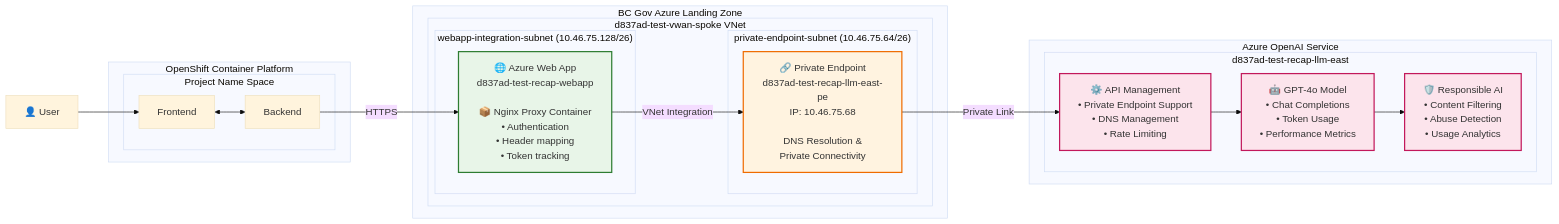
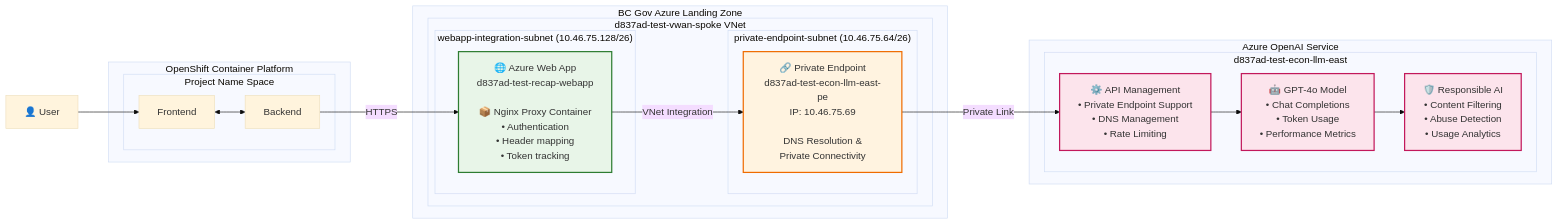
Before and after one commit to bcgov/RECAP: the first of 3 diagrams in RECAP-Architecture-Diagram.md, drawn with Mermaid (base theme). The commit also changed other lines of this file and 5 other files, not shown here.

````diff
--- a/RECAP-Architecture-Diagram.md
+++ b/RECAP-Architecture-Diagram.md
@@ -21,50 +22,50 @@
 ```mermaid
 graph LR
     User["👤 User"]
     
     subgraph "OpenShift Container Platform"
         subgraph "Project Name Space"
             Frontend["Frontend"]
             Backend["Backend"]        
             Frontend <--> Backend
         end
     end
     
     User --> Frontend
     Backend -->|HTTPS| WebApp
     
     subgraph "BC Gov Azure Landing Zone"
         subgraph "d837ad-test-vwan-spoke VNet"
             subgraph "webapp-integration-subnet (10.46.75.128/26)"
                 WebApp["🌐 Azure Web App<br/>d837ad-test-recap-webapp<br/><br/>📦 Nginx Proxy Container<br/>• Authentication<br/>• Header mapping<br/>• Token tracking"]
             end
             
             subgraph "private-endpoint-subnet (10.46.75.64/26)"
-                PE["🔗 Private Endpoint<br/>d837ad-test-recap-llm-east-pe<br/>IP: 10.46.75.68<br/><br/>DNS Resolution &<br/>Private Connectivity"]
+                PE["🔗 Private Endpoint<br/>d837ad-test-econ-llm-east-pe<br/>IP: 10.46.75.69<br/><br/>DNS Resolution &<br/>Private Connectivity"]
             end
         end
     end
     
     subgraph "Azure OpenAI Service"
-        subgraph "d837ad-test-recap-llm-east"
+        subgraph "d837ad-test-econ-llm-east"
             APIM["⚙️ API Management<br/>• Private Endpoint Support<br/>• DNS Management<br/>• Rate Limiting"]
             GPT["🤖 GPT-4o Model<br/>• Chat Completions<br/>• Token Usage<br/>• Performance Metrics"]
             RAI["🛡️ Responsible AI<br/>• Content Filtering<br/>• Abuse Detection<br/>• Usage Analytics"]
         end
     end
     
     WebApp -->|VNet Integration| PE
     PE -->|Private Link| APIM
     APIM --> GPT
     GPT --> RAI
     
     classDef userStyle fill:#e1f5fe,stroke:#01579b,stroke-width:2px
     classDef webStyle fill:#e8f5e8,stroke:#2e7d32,stroke-width:2px
     classDef networkStyle fill:#fff3e0,stroke:#ef6c00,stroke-width:2px
     classDef aiStyle fill:#fce4ec,stroke:#c2185b,stroke-width:2px
     
     class Users userStyle
     class WebApp webStyle
     class PE networkStyle
     class APIM,GPT,RAI aiStyle
 ```
````
